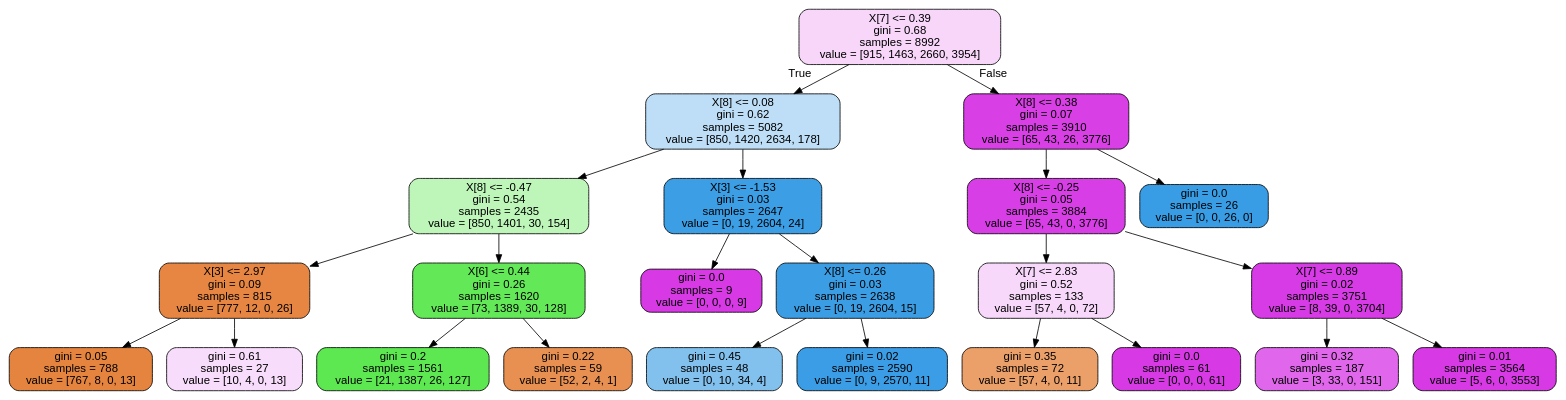
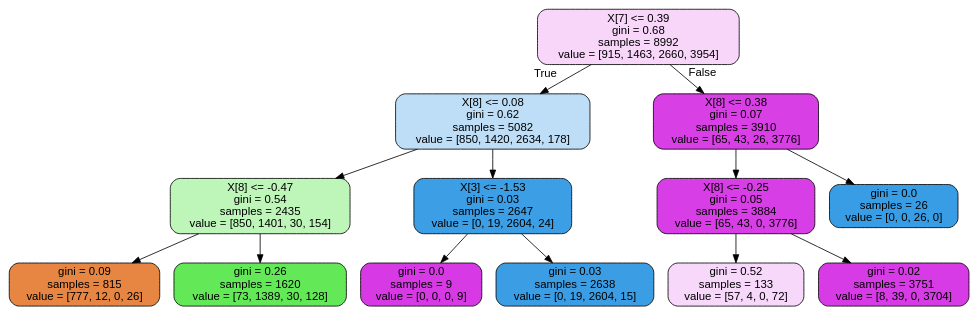
Before and after one commit to ericaltenburg/TXStateREU: the diagram in tree.dot, drawn with Graphviz. The commit also changed 7 other files, not shown here.

```diff
--- a/tree.dot
+++ b/tree.dot
@@ -1,49 +1,29 @@
 digraph Tree {
 node [shape=box, style="filled, rounded", color="black", fontname=helvetica] ;
 edge [fontname=helvetica] ;
 0 [label="X[7] <= 0.39\ngini = 0.68\nsamples = 8992\nvalue = [915, 1463, 2660, 3954]", fillcolor="#d739e534"] ;
 1 [label="X[8] <= 0.08\ngini = 0.62\nsamples = 5082\nvalue = [850, 1420, 2634, 178]", fillcolor="#399de555"] ;
 0 -> 1 [labeldistance=2.5, labelangle=45, headlabel="True"] ;
 2 [label="X[8] <= -0.47\ngini = 0.54\nsamples = 2435\nvalue = [850, 1401, 30, 154]", fillcolor="#47e53959"] ;
 1 -> 2 ;
-3 [label="X[3] <= 2.97\ngini = 0.09\nsamples = 815\nvalue = [777, 12, 0, 26]", fillcolor="#e58139f3"] ;
+3 [label="gini = 0.09\nsamples = 815\nvalue = [777, 12, 0, 26]", fillcolor="#e58139f3"] ;
 2 -> 3 ;
-4 [label="gini = 0.05\nsamples = 788\nvalue = [767, 8, 0, 13]", fillcolor="#e58139f8"] ;
-3 -> 4 ;
-5 [label="gini = 0.61\nsamples = 27\nvalue = [10, 4, 0, 13]", fillcolor="#d739e52d"] ;
-3 -> 5 ;
-6 [label="X[6] <= 0.44\ngini = 0.26\nsamples = 1620\nvalue = [73, 1389, 30, 128]", fillcolor="#47e539d8"] ;
-2 -> 6 ;
-7 [label="gini = 0.2\nsamples = 1561\nvalue = [21, 1387, 26, 127]", fillcolor="#47e539e0"] ;
-6 -> 7 ;
-8 [label="gini = 0.22\nsamples = 59\nvalue = [52, 2, 4, 1]", fillcolor="#e58139df"] ;
-6 -> 8 ;
-9 [label="X[3] <= -1.53\ngini = 0.03\nsamples = 2647\nvalue = [0, 19, 2604, 24]", fillcolor="#399de5fb"] ;
-1 -> 9 ;
-10 [label="gini = 0.0\nsamples = 9\nvalue = [0, 0, 0, 9]", fillcolor="#d739e5ff"] ;
+4 [label="gini = 0.26\nsamples = 1620\nvalue = [73, 1389, 30, 128]", fillcolor="#47e539d8"] ;
+2 -> 4 ;
+5 [label="X[3] <= -1.53\ngini = 0.03\nsamples = 2647\nvalue = [0, 19, 2604, 24]", fillcolor="#399de5fb"] ;
+1 -> 5 ;
+6 [label="gini = 0.0\nsamples = 9\nvalue = [0, 0, 0, 9]", fillcolor="#d739e5ff"] ;
+5 -> 6 ;
+7 [label="gini = 0.03\nsamples = 2638\nvalue = [0, 19, 2604, 15]", fillcolor="#399de5fc"] ;
+5 -> 7 ;
+8 [label="X[8] <= 0.38\ngini = 0.07\nsamples = 3910\nvalue = [65, 43, 26, 3776]", fillcolor="#d739e5f6"] ;
+0 -> 8 [labeldistance=2.5, labelangle=-45, headlabel="False"] ;
+9 [label="X[8] <= -0.25\ngini = 0.05\nsamples = 3884\nvalue = [65, 43, 0, 3776]", fillcolor="#d739e5f8"] ;
+8 -> 9 ;
+10 [label="gini = 0.52\nsamples = 133\nvalue = [57, 4, 0, 72]", fillcolor="#d739e532"] ;
 9 -> 10 ;
-11 [label="X[8] <= 0.26\ngini = 0.03\nsamples = 2638\nvalue = [0, 19, 2604, 15]", fillcolor="#399de5fc"] ;
+11 [label="gini = 0.02\nsamples = 3751\nvalue = [8, 39, 0, 3704]", fillcolor="#d739e5fc"] ;
 9 -> 11 ;
-12 [label="gini = 0.45\nsamples = 48\nvalue = [0, 10, 34, 4]", fillcolor="#399de5a1"] ;
-11 -> 12 ;
-13 [label="gini = 0.02\nsamples = 2590\nvalue = [0, 9, 2570, 11]", fillcolor="#399de5fd"] ;
-11 -> 13 ;
-14 [label="X[8] <= 0.38\ngini = 0.07\nsamples = 3910\nvalue = [65, 43, 26, 3776]", fillcolor="#d739e5f6"] ;
-0 -> 14 [labeldistance=2.5, labelangle=-45, headlabel="False"] ;
-15 [label="X[8] <= -0.25\ngini = 0.05\nsamples = 3884\nvalue = [65, 43, 0, 3776]", fillcolor="#d739e5f8"] ;
-14 -> 15 ;
-16 [label="X[7] <= 2.83\ngini = 0.52\nsamples = 133\nvalue = [57, 4, 0, 72]", fillcolor="#d739e532"] ;
-15 -> 16 ;
-17 [label="gini = 0.35\nsamples = 72\nvalue = [57, 4, 0, 11]", fillcolor="#e58139c0"] ;
-16 -> 17 ;
-18 [label="gini = 0.0\nsamples = 61\nvalue = [0, 0, 0, 61]", fillcolor="#d739e5ff"] ;
-16 -> 18 ;
-19 [label="X[7] <= 0.89\ngini = 0.02\nsamples = 3751\nvalue = [8, 39, 0, 3704]", fillcolor="#d739e5fc"] ;
-15 -> 19 ;
-20 [label="gini = 0.32\nsamples = 187\nvalue = [3, 33, 0, 151]", fillcolor="#d739e5c3"] ;
-19 -> 20 ;
-21 [label="gini = 0.01\nsamples = 3564\nvalue = [5, 6, 0, 3553]", fillcolor="#d739e5fe"] ;
-19 -> 21 ;
-22 [label="gini = 0.0\nsamples = 26\nvalue = [0, 0, 26, 0]", fillcolor="#399de5ff"] ;
-14 -> 22 ;
+12 [label="gini = 0.0\nsamples = 26\nvalue = [0, 0, 26, 0]", fillcolor="#399de5ff"] ;
+8 -> 12 ;
 }
```
